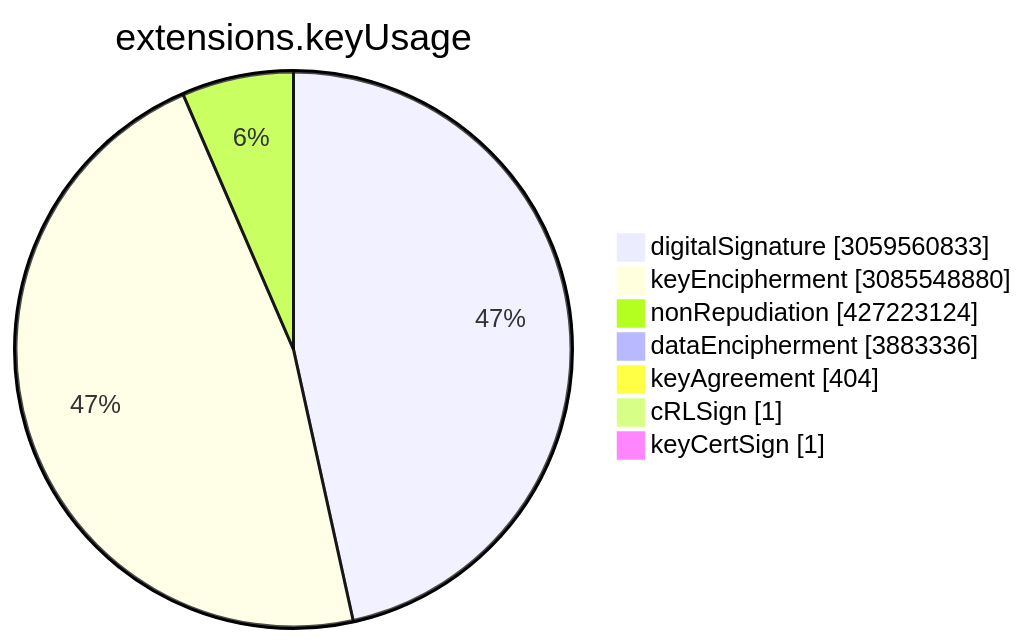
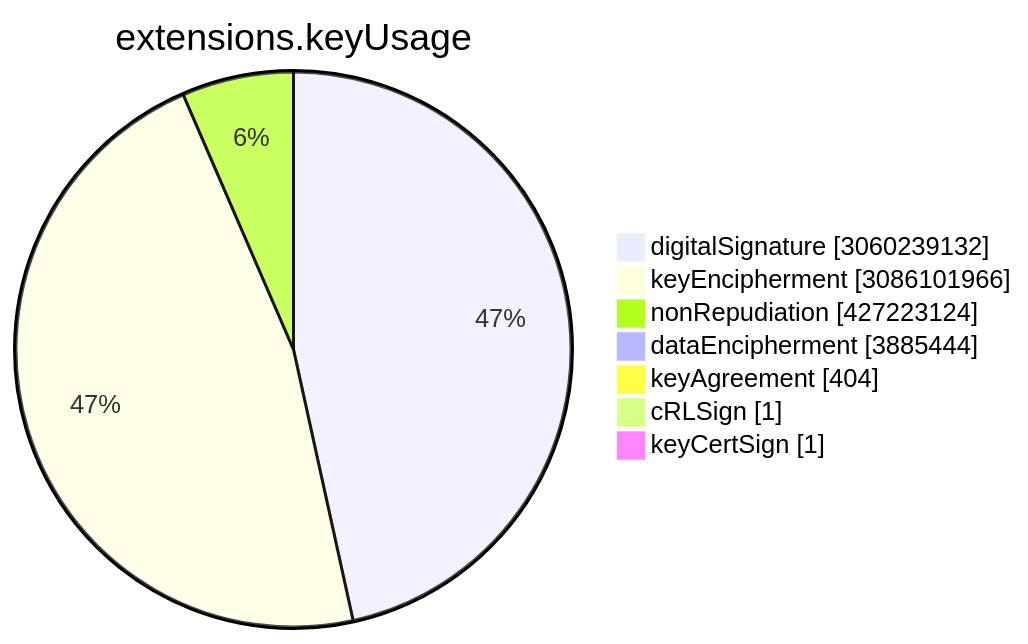
Before and after one commit to christiankrug/ctmonitor_visualization: the sixth of 15 diagrams in TOTAL/README.md, drawn with Mermaid. The commit also changed other lines of this file, not shown here.

````diff
--- a/TOTAL/README.md
+++ b/TOTAL/README.md
@@ -3077,11 +3077,11 @@
 ```mermaid
 pie showData
 title extensions.keyUsage
-"digitalSignature" :3059560833
-"keyEncipherment" :3085548880
+"digitalSignature" :3060239132
+"keyEncipherment" :3086101966
 "nonRepudiation" :427223124
-"dataEncipherment" :3883336
+"dataEncipherment" :3885444
 "keyAgreement" :404
 "cRLSign" :1
 "keyCertSign" :1
 ```
````
